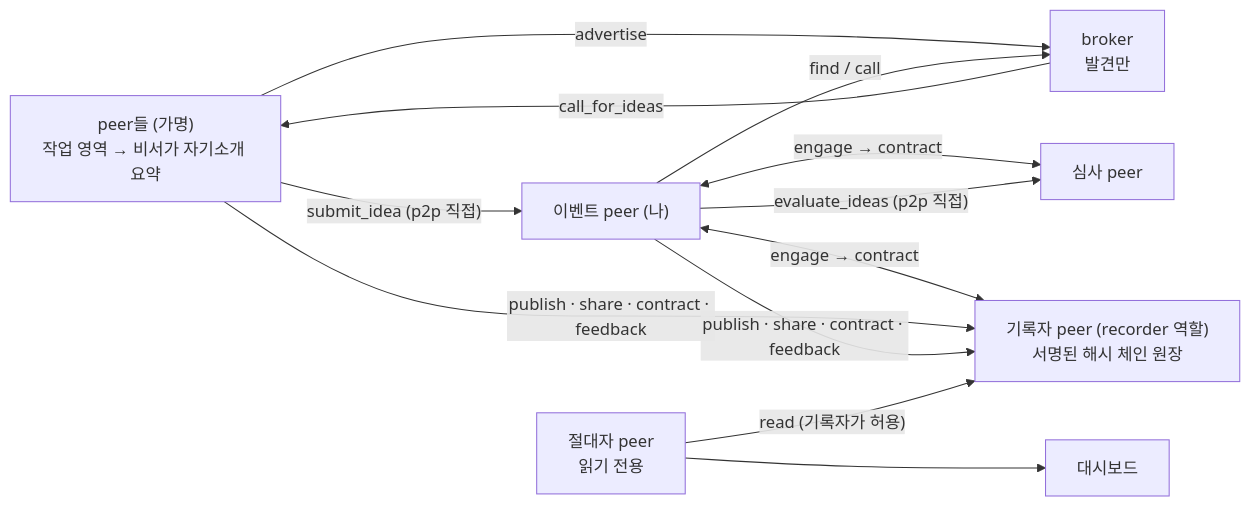
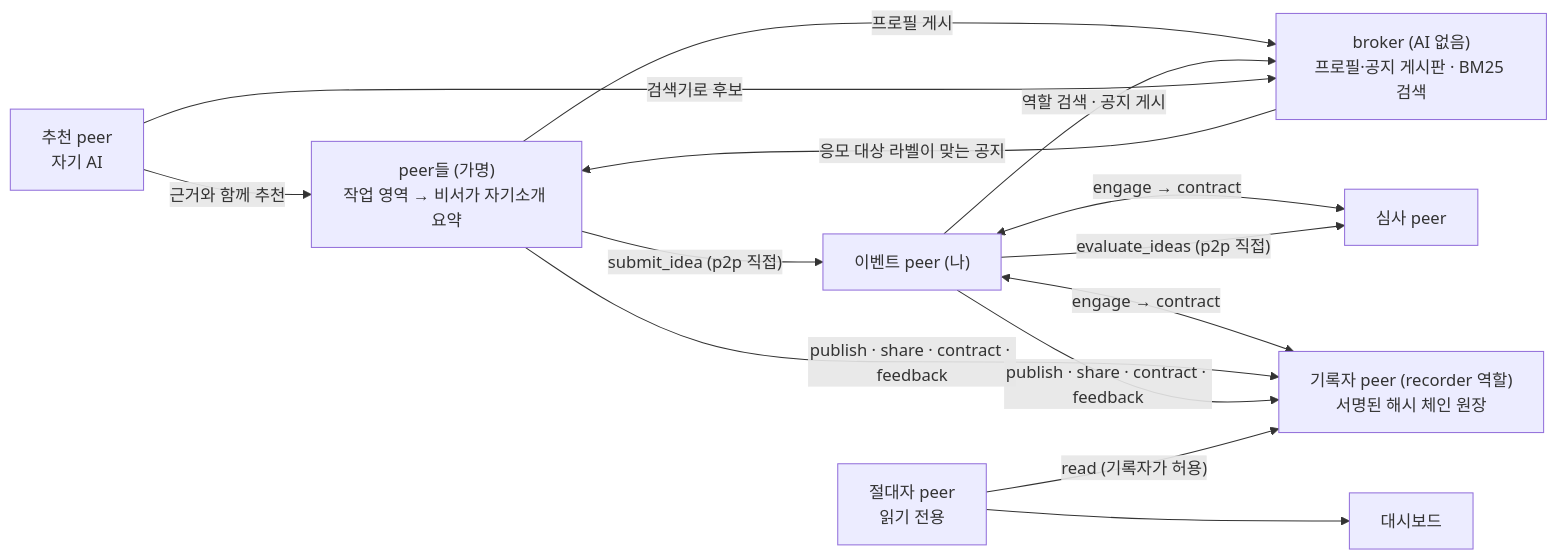
One commit to tanminkwan/share-ur-tokens changed the diagram in README.md. Above: the diagram before and after it, drawn with Mermaid. The commit also changed other lines of this file and 11 other files, not shown here.

````diff
--- a/README.md
+++ b/README.md
@@ -14,13 +14,15 @@
 ```mermaid
 flowchart LR
-    P["peer들 (가명)<br/>작업 영역 → 비서가 자기소개 요약"] -- advertise --> B["broker<br/>발견만"]
-    E["이벤트 peer (나)"] -- "find / call" --> B
-    B -- call_for_ideas --> P
+    P["peer들 (가명)<br/>작업 영역 → 비서가 자기소개 요약"] -- "프로필 게시" --> B["broker (AI 없음)<br/>프로필·공지 게시판 · BM25 검색"]
+    E["이벤트 peer (나)"] -- "역할 검색 · 공지 게시" --> B
+    B -- "응모 대상 라벨이 맞는 공지" --> P
+    M["추천 peer<br/>자기 AI"] -- "검색기로 후보" --> B
+    M -- "근거와 함께 추천" --> P
     E <-- "engage → contract" --> R["심사 peer"]
     P -- "submit_idea (p2p 직접)" --> E
     E -- "evaluate_ideas (p2p 직접)" --> R
     E <-- "engage → contract" --> L["기록자 peer (recorder 역할)<br/>서명된 해시 체인 원장"]
     P & E -- "publish · share · contract · feedback" --> L
     O["절대자 peer<br/>읽기 전용"] -- "read (기록자가 허용)" --> L
     O --> D["대시보드"]
 ```
````
